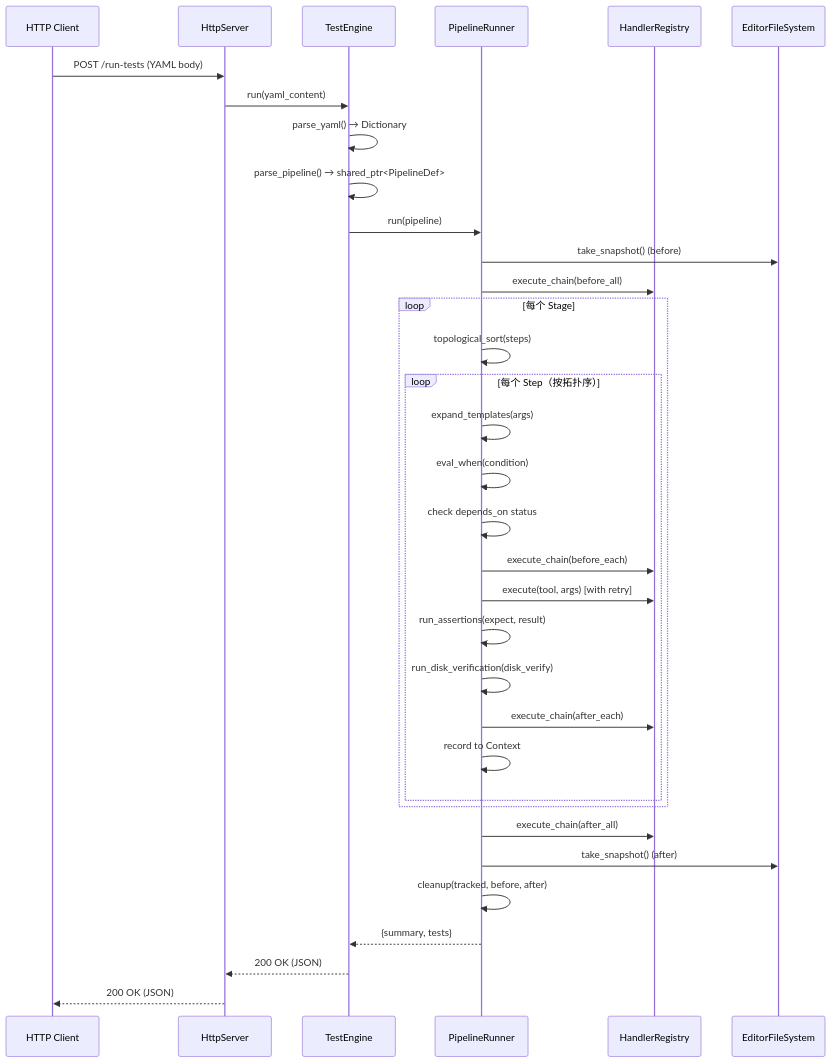
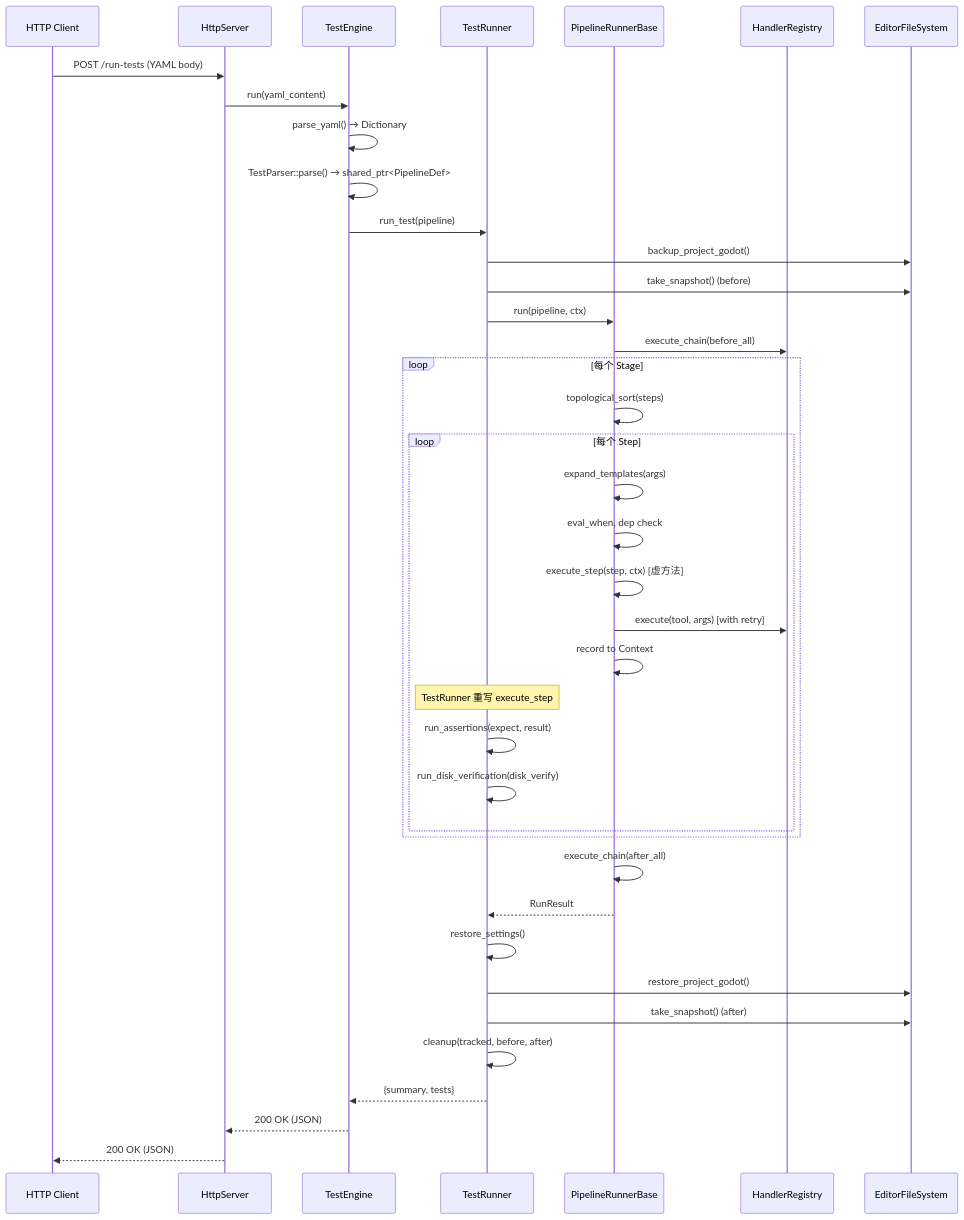
The second of 3 diagrams in .repo_wiki/testing/test-engine.md (jesspig/GodotMCP-GDExtension), drawn with Mermaid before and after one commit. The commit also changed other lines of this file and 30 other files, not shown here.

````diff
--- a/.repo_wiki/testing/test-engine.md
+++ b/.repo_wiki/testing/test-engine.md
@@ -112,37 +124,42 @@
 ```mermaid
 sequenceDiagram
     participant C as HTTP Client
     participant H as HttpServer
     participant E as TestEngine
-    participant P as PipelineRunner
+    participant TR as TestRunner
+    participant PB as PipelineRunnerBase
     participant R as HandlerRegistry
     participant FS as EditorFileSystem
 
     C->>H: POST /run-tests (YAML body)
     H->>E: run(yaml_content)
     E->>E: parse_yaml() → Dictionary
-    E->>E: parse_pipeline() → shared_ptr<PipelineDef>
-    E->>P: run(pipeline)
-    P->>FS: take_snapshot() (before)
-    P->>R: execute_chain(before_all)
+    E->>E: TestParser::parse() → shared_ptr<PipelineDef>
+    E->>TR: run_test(pipeline)
+    TR->>FS: backup_project_godot()
+    TR->>FS: take_snapshot() (before)
+    TR->>PB: run(pipeline, ctx)
+    PB->>R: execute_chain(before_all)
     loop 每个 Stage
-        P->>P: topological_sort(steps)
-        loop 每个 Step（按拓扑序）
-            P->>P: expand_templates(args)
-            P->>P: eval_when(condition)
-            P->>P: check depends_on status
-            P->>R: execute_chain(before_each)
-            P->>R: execute(tool, args) [with retry]
-            P->>P: run_assertions(expect, result)
-            P->>P: run_disk_verification(disk_verify)
-            P->>R: execute_chain(after_each)
-            P->>P: record to Context
+        PB->>PB: topological_sort(steps)
+        loop 每个 Step
+            PB->>PB: expand_templates(args)
+            PB->>PB: eval_when, dep check
+            PB->>PB: execute_step(step, ctx) [虚方法]
+            PB->>R: execute(tool, args) [with retry]
+            PB->>PB: record to Context
+            Note over TR: TestRunner 重写 execute_step
+            TR->>TR: run_assertions(expect, result)
+            TR->>TR: run_disk_verification(disk_verify)
         end
     end
-    P->>R: execute_chain(after_all)
-    P->>FS: take_snapshot() (after)
-    P->>P: cleanup(tracked, before, after)
-    P-->>E: {summary, tests}
+    PB->>PB: execute_chain(after_all)
+    PB-->>TR: RunResult
+    TR->>TR: restore_settings()
+    TR->>FS: restore_project_godot()
+    TR->>FS: take_snapshot() (after)
+    TR->>TR: cleanup(tracked, before, after)
+    TR-->>E: {summary, tests}
     E-->>H: 200 OK (JSON)
     H-->>C: 200 OK (JSON)
 ```
````
